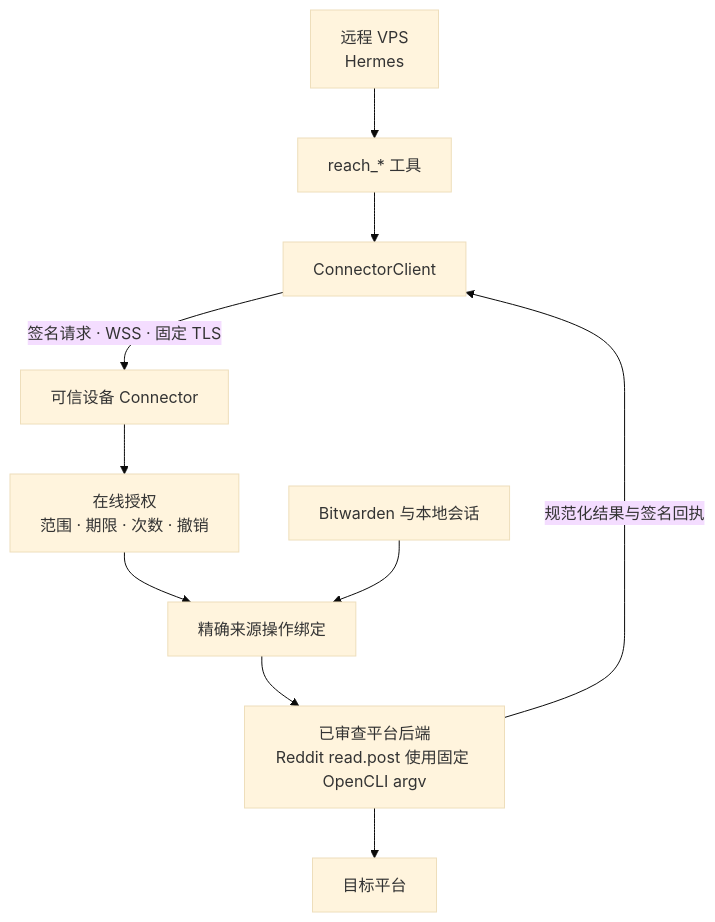
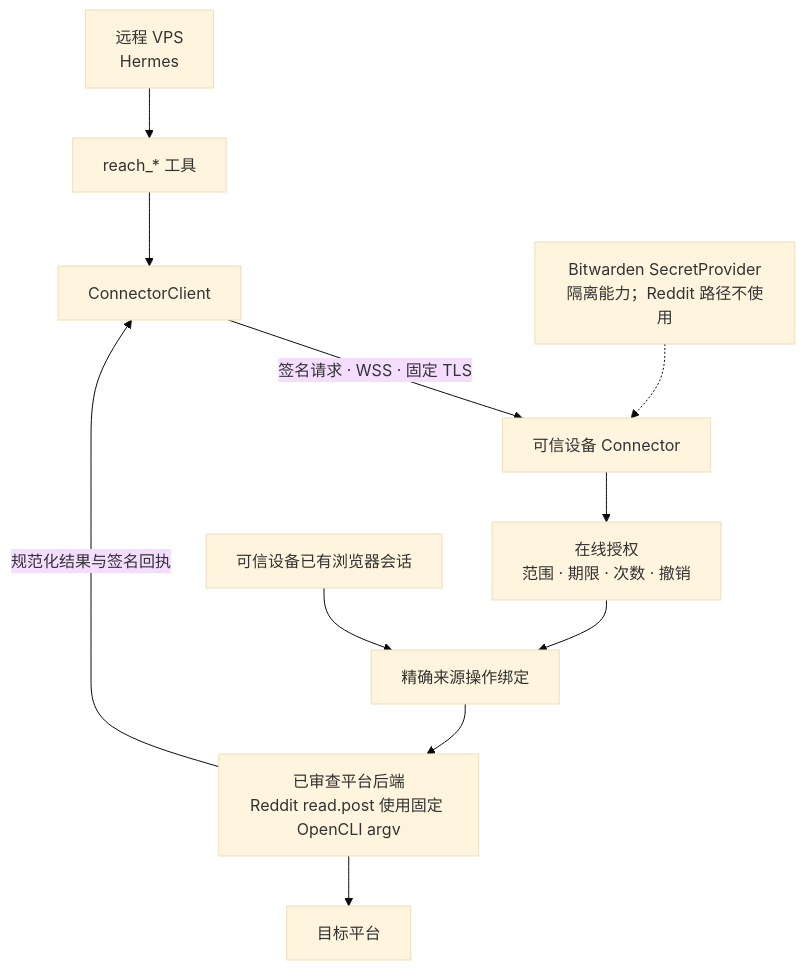
Before and after one commit to izumi0uu/hermes-reach: the second of 2 diagrams in README.md, drawn with Mermaid (base theme). The commit also changed other lines of this file and 29 other files, not shown here.

````diff
--- a/README.md
+++ b/README.md
@@ -194,12 +201,13 @@
 ```mermaid
 flowchart TD
     VPS["远程 VPS<br/>Hermes"] --> Tools["reach_* 工具"]
     Tools --> Client["ConnectorClient"]
     Client -->|"签名请求 · WSS · 固定 TLS"| Service["可信设备 Connector"]
     Service --> Grant["在线授权<br/>范围 · 期限 · 次数 · 撤销"]
     Grant --> Binding["精确来源操作绑定"]
-    Secrets["Bitwarden 与本地会话"] --> Binding
+    Session["可信设备已有浏览器会话"] --> Binding
+    Secrets["Bitwarden SecretProvider<br/>隔离能力；Reddit 路径不使用"] -.-> Service
     Binding --> Backend["已审查平台后端<br/>Reddit read.post 使用固定 OpenCLI argv"]
     Backend --> Platform["目标平台"]
     Backend -->|"规范化结果与签名回执"| Client
 ```
````
